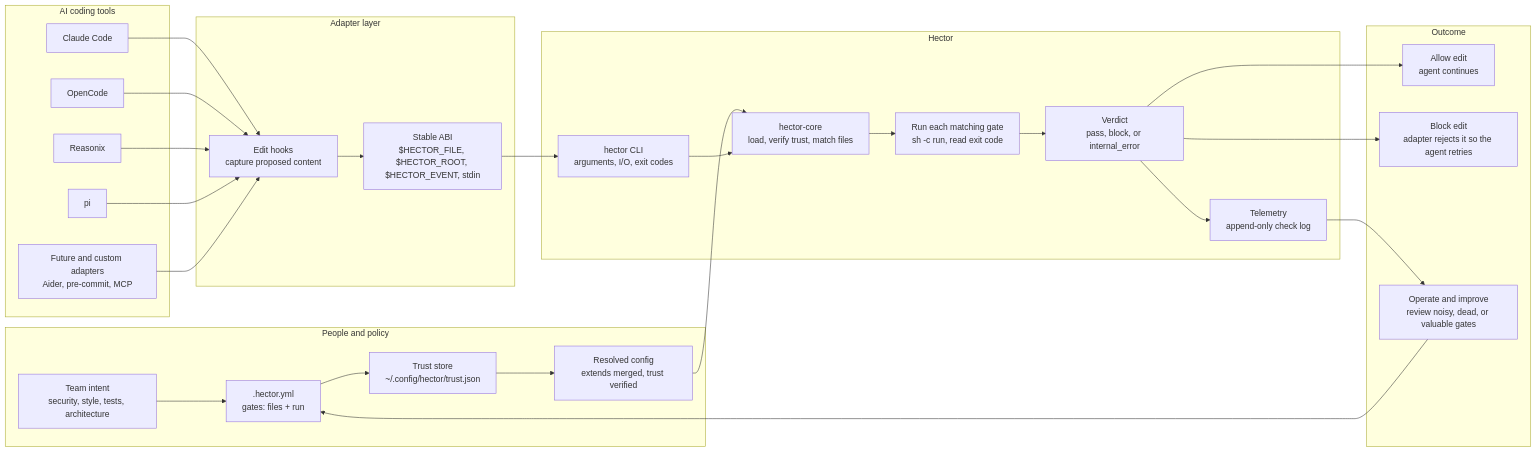
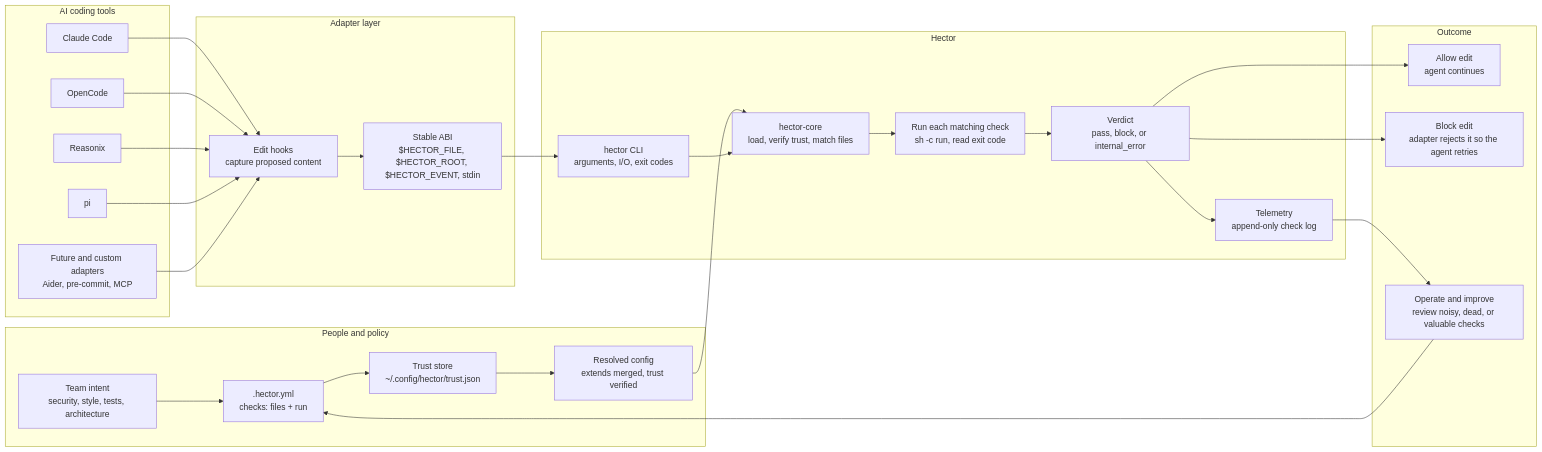
One commit to christopherarter/hector changed the diagram in docs/architecture.md. Above: the diagram before and after it, drawn with Mermaid. The commit also changed other lines of this file and 37 other files, not shown here.

First line of the commit message:
feat(cli): add hector update self-update command; migrate docs to checks vocabulary

````diff
--- a/docs/architecture.md
+++ b/docs/architecture.md
@@ -5,58 +5,58 @@
 ```mermaid
 flowchart LR
     subgraph People["People and policy"]
         Team["Team intent<br/>security, style, tests, architecture"]
-        Config[".hector.yml<br/>gates: files + run"]
+        Config[".hector.yml<br/>checks: files + run"]
         Trust["Trust store<br/>~/.config/hector/trust.json"]
         Resolved["Resolved config<br/>extends merged, trust verified"]
     end
 
     subgraph Agents["AI coding tools"]
         Claude["Claude Code"]
         OpenCode["OpenCode"]
         Reasonix["Reasonix"]
         Pi["pi"]
         Future["Future and custom adapters<br/>Aider, pre-commit, MCP"]
     end
 
     subgraph AdapterLayer["Adapter layer"]
         Hooks["Edit hooks<br/>capture proposed content"]
         ABI["Stable ABI<br/>$HECTOR_FILE, $HECTOR_ROOT, $HECTOR_EVENT, stdin"]
     end
 
     subgraph Hector["Hector"]
         CLI["hector CLI<br/>arguments, I/O, exit codes"]
         Core["hector-core<br/>load, verify trust, match files"]
-        Run["Run each matching gate<br/>sh -c run, read exit code"]
+        Run["Run each matching check<br/>sh -c run, read exit code"]
         Verdict["Verdict<br/>pass, block, or internal_error"]
         Telemetry["Telemetry<br/>append-only check log"]
     end
 
     subgraph Outcome["Outcome"]
         Allow["Allow edit<br/>agent continues"]
         Block["Block edit<br/>adapter rejects it so the agent retries"]
-        Audit["Operate and improve<br/>review noisy, dead, or valuable gates"]
+        Audit["Operate and improve<br/>review noisy, dead, or valuable checks"]
     end
 
     Team --> Config
     Config --> Trust
     Trust --> Resolved
     Resolved --> Core
 
     Claude --> Hooks
     OpenCode --> Hooks
     Reasonix --> Hooks
     Pi --> Hooks
     Future --> Hooks
     Hooks --> ABI
     ABI --> CLI
     CLI --> Core
 
     Core --> Run
     Run --> Verdict
     Verdict --> Telemetry
     Verdict --> Allow
     Verdict --> Block
     Telemetry --> Audit
     Audit --> Config
 ```
````
